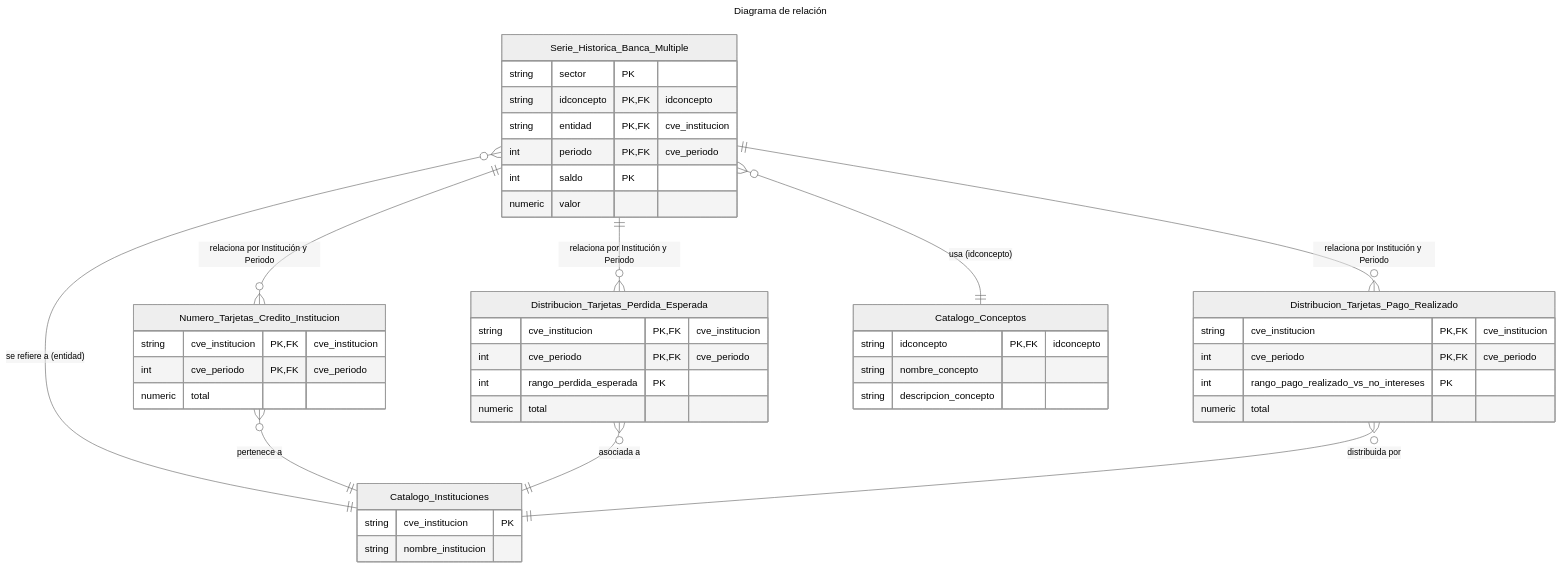
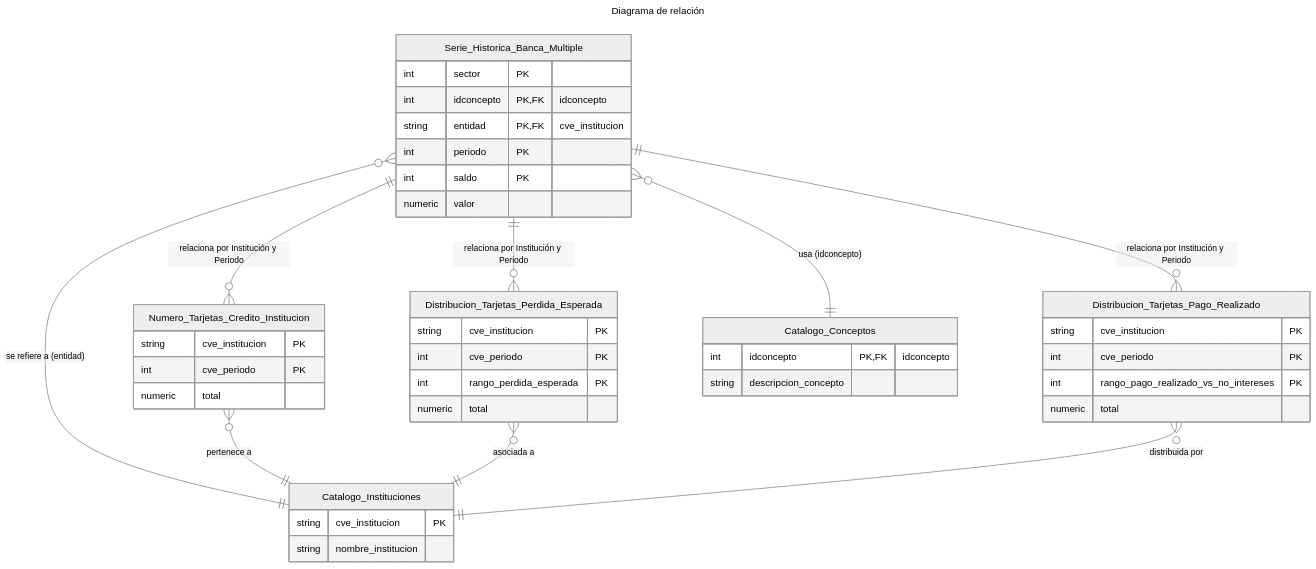
The diagram in Tarea 3/Actividad 3.md (Sonia1895/MCD_BDR), drawn with Mermaid (neutral theme) before and after one commit.

Commit message:
cambios en FK

````diff
--- a/Tarea 3/Actividad 3.md
+++ b/Tarea 3/Actividad 3.md
@@ -5,76 +5,75 @@
 ```mermaid
 ---
 title: Diagrama de relación
 ---
 erDiagram
 
     %% Entidades
     %% Atributos con KEY indican PK, y atributos con FK indican Foreign Key
 
     %% Entidad Serie_Historica_Banca_Multiple
     Serie_Historica_Banca_Multiple {
-        string sector PK
-        string idconcepto PK, FK "idconcepto"
+        int sector PK
+        int idconcepto PK, FK "idconcepto"
         string entidad PK, FK "cve_institucion"
-        int periodo PK, FK "cve_periodo"
+        int periodo PK
         int saldo PK
         numeric valor
     }
 
-    %% Entidad Numero_Tarjetas_Credito_Institucion
+    %% Entidad c
     Numero_Tarjetas_Credito_Institucion {
-        string cve_institucion PK, FK "cve_institucion"
-        int cve_periodo PK, FK "cve_periodo"
+        string cve_institucion PK
+        int cve_periodo PK
         numeric total
     }
 
     %% Entidad Distribucion_Tarjetas_Perdida_Esperada
     Distribucion_Tarjetas_Perdida_Esperada {
-        string cve_institucion PK, FK "cve_institucion"
-        int cve_periodo PK, FK "cve_periodo"
+        string cve_institucion PK
+        int cve_periodo PK
         int rango_perdida_esperada PK
         numeric total
     }
 
     %% Entidad Distribucion_Tarjetas_Pago_Realizado
     Distribucion_Tarjetas_Pago_Realizado {
-        string cve_institucion PK, FK "cve_institucion"
-        int cve_periodo PK, FK "cve_periodo"
+        string cve_institucion PK
+        int cve_periodo PK
         int rango_pago_realizado_vs_no_intereses PK
         numeric total
     }
 
     %% Entidad Catalogo_Instituciones
     Catalogo_Instituciones {
         string cve_institucion PK
         string nombre_institucion
     }
 
     %% Entidad Catalogo_Conceptos
     Catalogo_Conceptos {
-        string idconcepto PK, FK "idconcepto"
-        string nombre_concepto
+        int idconcepto PK, FK "idconcepto"
         string descripcion_concepto
     }
 
     %% Relaciones
     %% La notación es: Tabla1 --|{o-- Tabla2 : "Tipo de Relación"
     %% --|: uno-a-muchos (one-to-many) con obligatoriedad en el lado "uno"
     %% }o--: muchos-a-uno (many-to-one)
     %% --o|: uno-a-uno (one-to-one)
 
     Serie_Historica_Banca_Multiple }o--|| Catalogo_Conceptos : "usa (idconcepto)"
     Serie_Historica_Banca_Multiple }o--|| Catalogo_Instituciones : "se refiere a (entidad)"
 
     Numero_Tarjetas_Credito_Institucion }o--|| Catalogo_Instituciones : "pertenece a"
     Distribucion_Tarjetas_Perdida_Esperada }o--|| Catalogo_Instituciones : "asociada a"
     Distribucion_Tarjetas_Pago_Realizado }o--|| Catalogo_Instituciones : "distribuida por"
 
     %% Relación implícita de unión por institución y periodo entre las tablas de datos.
     %% No se dibuja una relación directa con un rombo en erDiagram,
     %% sino que se infiere por las FKs y PKs compuestas que comparten.
     %% Solo indicaré las relaciones explícitas de FK.
     Serie_Historica_Banca_Multiple ||--o{ Numero_Tarjetas_Credito_Institucion : "relaciona por Institución y Periodo"
     Serie_Historica_Banca_Multiple ||--o{ Distribucion_Tarjetas_Perdida_Esperada : "relaciona por Institución y Periodo"
     Serie_Historica_Banca_Multiple ||--o{ Distribucion_Tarjetas_Pago_Realizado : "relaciona por Institución y Periodo"
 ```
````
